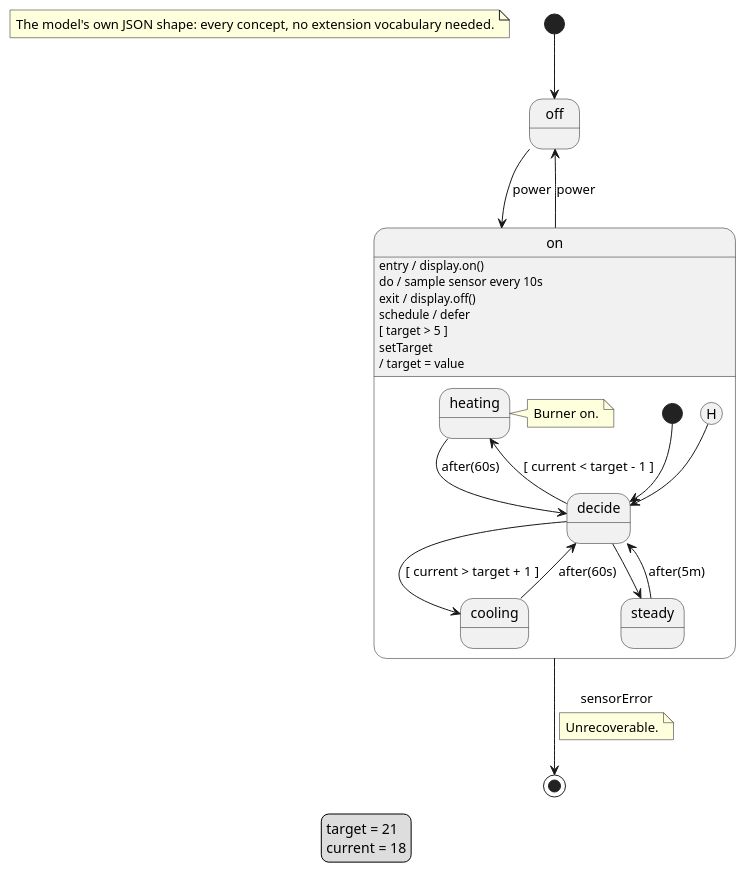
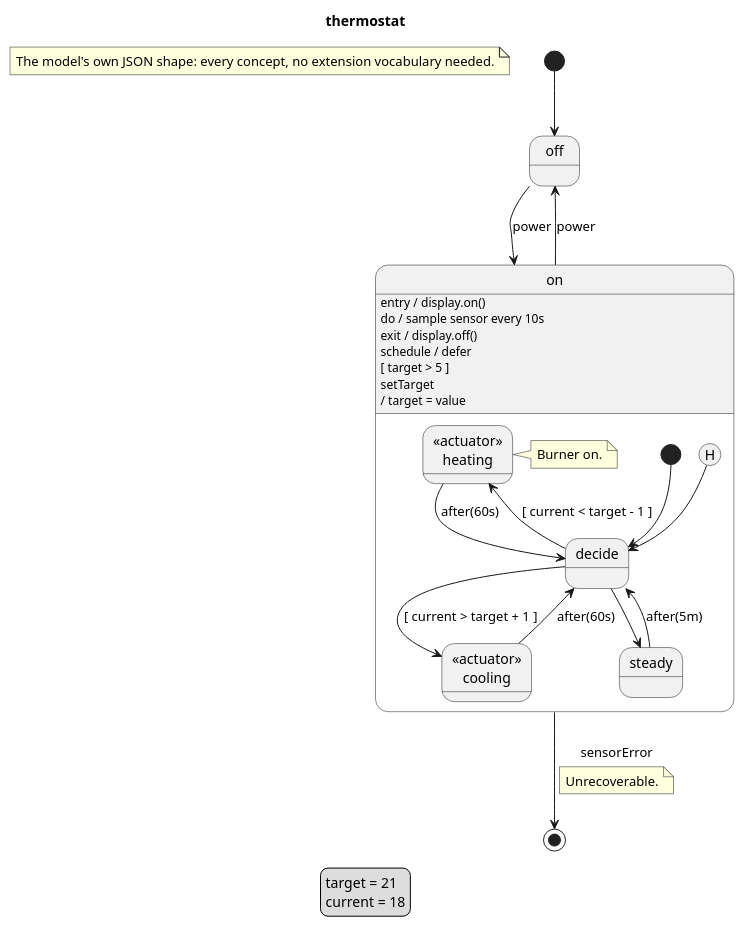
Before and after one commit to vincedupuis/transplantUML: the diagram in example/thermostat.puml, drawn with PlantUML. The commit also changed 10 other files, not shown here.

First line of the commit message:
Rewrite the PlantUML template to draw everything the model holds

```diff
--- a/example/thermostat.puml
+++ b/example/thermostat.puml
@@ -1,36 +1,39 @@
 @startuml
+title thermostat
 note as machineNote
     The model's own JSON shape: every concept, no extension vocabulary needed.
 end note
 legend
     target = 21
     current = 18
 endlegend
 [*] --> off
 state off
 state on {
     [*] --> decide
-    [H] --> decide
     state decide <<choice>>
-    state heating <<actuator>>
+    state "«actuator»\nheating" as heating <<actuator>>
     note right of heating : Burner on.
-    state cooling <<actuator>>
+    state "«actuator»\ncooling" as cooling <<actuator>>
     state steady
+    state last <<history>>
     decide --> heating: [ current < target - 1 ]
     decide --> cooling: [ current > target + 1 ]
     decide --> steady
     heating --> decide: after(60s)
     cooling --> decide: after(60s)
     steady --> decide: after(5m)
+    last --> decide
 }
 on : entry / display.on()
 on : do / sample sensor every 10s
 on : exit / display.off()
 on : schedule / defer
 on : [ target > 5 ]
+state fault <<end>>
 off --> on: power
 on --> off: power
-on --> [*]: sensorError
+on --> fault: sensorError
 note on link : Unrecoverable.
 on : setTarget\n/ target = value
 @enduml
```
